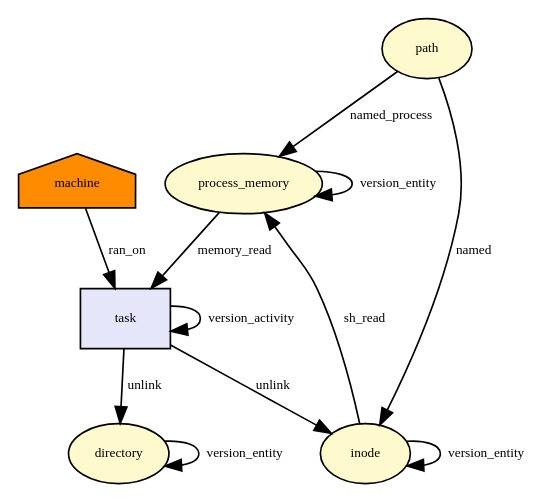
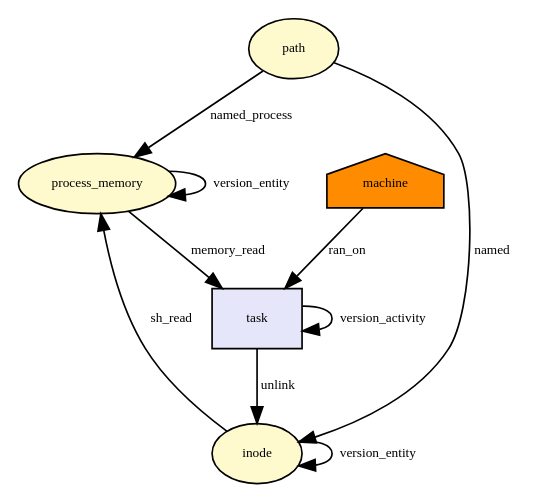
The diagram in docs/dot/inode_unlink.dot (CamFlow/camflow-dev), drawn with Graphviz before and after one commit. The commit also changed 30 other files, not shown here.

```diff
--- a/docs/dot/inode_unlink.dot
+++ b/docs/dot/inode_unlink.dot
@@ -1,35 +1,29 @@
 digraph RGL__DirectedAdjacencyGraph {path[fontsize = 8,label = path,shape = ellipse, fillcolor="#fffacd", style = filled]
 
 process_memory[fontsize = 8,label = process_memory,shape = ellipse, fillcolor="#fffacd", style = filled]
 
 path -> process_memory[fontsize = 8,label = named_process]
 
 machine[fontsize = 8,label = machine,shape = house, fillcolor="#ff8c00", style = filled]
 
 task[fontsize = 8,label = task,shape = rectangle, fillcolor="#e6e6fa", style = filled]
 
 machine -> task[fontsize = 8,label = ran_on]
 
 inode[fontsize = 8,label = inode,shape = ellipse, fillcolor="#fffacd", style = filled]
 
 path -> inode[fontsize = 8,label = named]
 
 process_memory -> task[fontsize = 8,label = memory_read]
 
-directory[fontsize = 8,label = directory,shape = ellipse, fillcolor="#fffacd", style = filled]
-
-task -> directory[fontsize = 8,label = unlink]
+task -> inode[fontsize = 8,label = unlink]
 
 task -> task[fontsize = 8,label = version_activity]
 
-directory -> directory[fontsize = 8,label = version_entity]
+inode -> inode[fontsize = 8,label = version_entity]
 
 inode -> process_memory[fontsize = 8,label = sh_read]
 
 process_memory -> process_memory[fontsize = 8,label = version_entity]
 
-task -> inode[fontsize = 8,label = unlink]
-
-inode -> inode[fontsize = 8,label = version_entity]
-
 }
```
